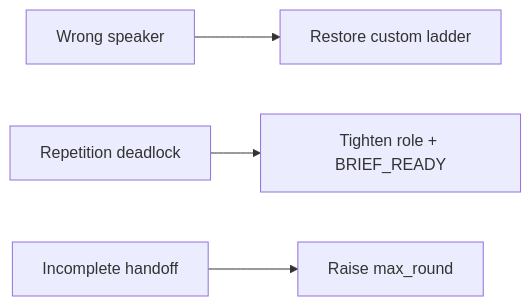
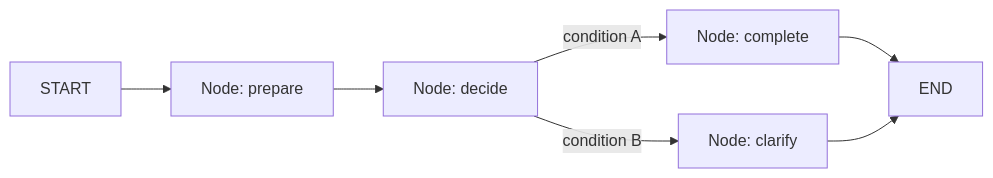
One commit to ABVenu/IIT_Sessions_Content changed the diagram in iitr-as-260313/Module 4/Session43/Lecture Notes.md. Above: the diagram before and after it, drawn with Mermaid. The commit also changed other lines of this file and 19 other files, not shown here.

````diff
--- a/iitr-as-260313/Module 4/Session43/Lecture Notes.md
+++ b/iitr-as-260313/Module 4/Session43/Lecture Notes.md
@@ -351,6 +94,9 @@
 ```mermaid
 flowchart LR
-  W[Wrong speaker] --> F1[Restore custom ladder]
-  D[Repetition deadlock] --> F2[Tighten role + BRIEF_READY]
-  H[Incomplete handoff] --> F3[Raise max_round]
+    S[START] --> N1[Node: prepare]
+    N1 --> N2[Node: decide]
+    N2 -->|condition A| N3[Node: complete]
+    N2 -->|condition B| N4[Node: clarify]
+    N3 --> E[END]
+    N4 --> E
 ```
````
